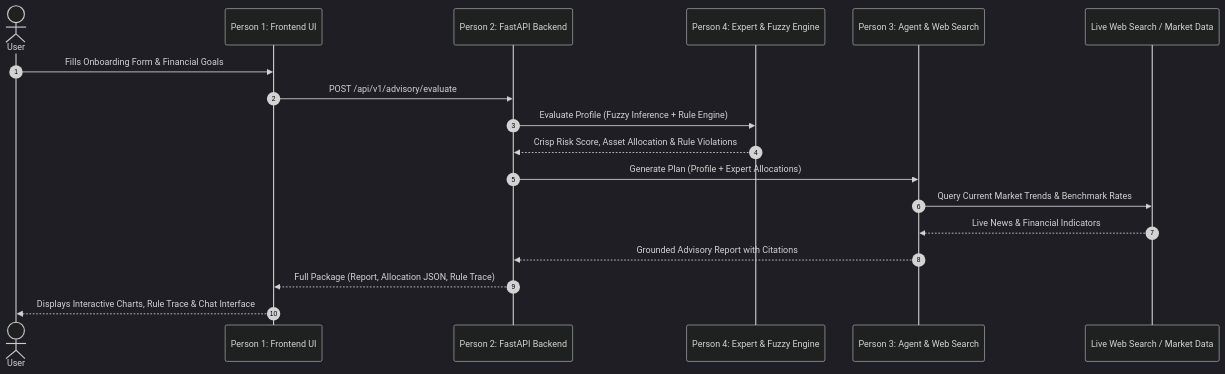
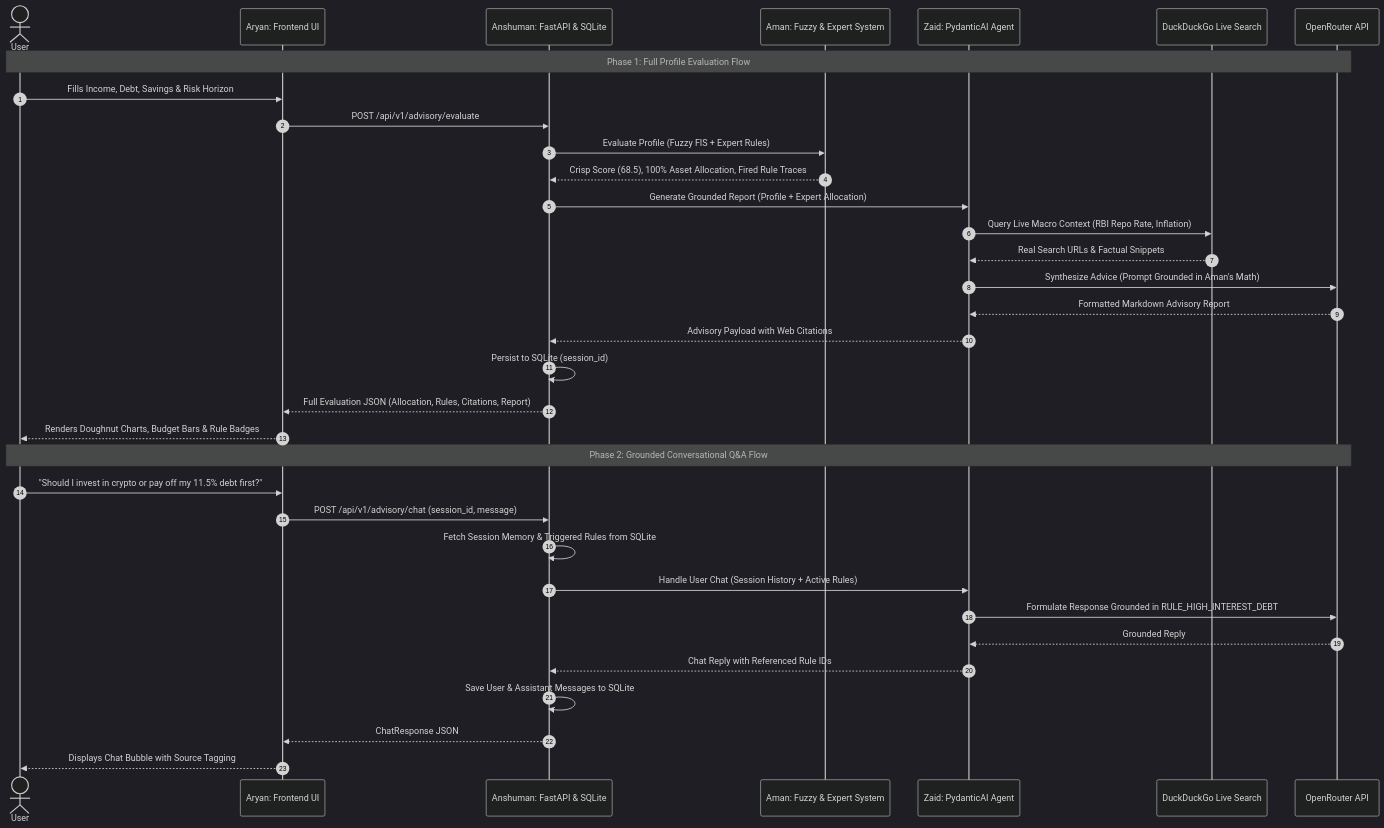
The second of 2 diagrams in docs/PROJECT_SPECIFICATION.md (Anshu666666/ai-project-financial-advisory-system), drawn with Mermaid (dark theme) before and after one commit. The commit also changed other lines of this file and 1 other file, not shown here.

Commit message:
docs: update system architecture and sequence diagrams with team names and implementation stack

````diff
--- a/docs/PROJECT_SPECIFICATION.md
+++ b/docs/PROJECT_SPECIFICATION.md
@@ -61,21 +102,38 @@
 ```mermaid
 sequenceDiagram
     autonumber
     actor User
-    participant UI as Person 1: Frontend UI
-    participant Backend as Person 2: FastAPI Backend
-    participant Expert as Person 4: Expert & Fuzzy Engine
-    participant Agent as Person 3: Agent & Web Search
-    participant Web as Live Web Search / Market Data
+    participant UI as Aryan: Frontend UI
+    participant Backend as Anshuman: FastAPI & SQLite
+    participant Aman as Aman: Fuzzy & Expert System
+    participant Zaid as Zaid: PydanticAI Agent
+    participant DDG as DuckDuckGo Live Search
+    participant LLM as OpenRouter API
 
-    User->>UI: Fills Onboarding Form & Financial Goals
+    Note over User, LLM: Phase 1: Full Profile Evaluation Flow
+    User->>UI: Fills Income, Debt, Savings & Risk Horizon
     UI->>Backend: POST /api/v1/advisory/evaluate
-    Backend->>Expert: Evaluate Profile (Fuzzy Inference + Rule Engine)
-    Expert-->>Backend: Crisp Risk Score, Asset Allocation & Rule Violations
-    Backend->>Agent: Generate Plan (Profile + Expert Allocations)
-    Agent->>Web: Query Current Market Trends & Benchmark Rates
-    Web-->>Agent: Live News & Financial Indicators
-    Agent-->>Backend: Grounded Advisory Report with Citations
-    Backend-->>UI: Full Package (Report, Allocation JSON, Rule Trace)
-    UI-->>User: Displays Interactive Charts, Rule Trace & Chat Interface
+    Backend->>Aman: Evaluate Profile (Fuzzy FIS + Expert Rules)
+    Aman-->>Backend: Crisp Score (68.5), 100% Asset Allocation, Fired Rule Traces
+    Backend->>Zaid: Generate Grounded Report (Profile + Expert Allocation)
+    Zaid->>DDG: Query Live Macro Context (RBI Repo Rate, Inflation)
+    DDG-->>Zaid: Real Search URLs & Factual Snippets
+    Zaid->>LLM: Synthesize Advice (Prompt Grounded in Aman's Math)
+    LLM-->>Zaid: Formatted Markdown Advisory Report
+    Zaid-->>Backend: Advisory Payload with Web Citations
+    Backend->>Backend: Persist to SQLite (session_id)
+    Backend-->>UI: Full Evaluation JSON (Allocation, Rules, Citations, Report)
+    UI-->>User: Renders Doughnut Charts, Budget Bars & Rule Badges
+
+    Note over User, LLM: Phase 2: Grounded Conversational Q&A Flow
+    User->>UI: "Should I invest in crypto or pay off my 11.5% debt first?"
+    UI->>Backend: POST /api/v1/advisory/chat (session_id, message)
+    Backend->>Backend: Fetch Session Memory & Triggered Rules from SQLite
+    Backend->>Zaid: Handle User Chat (Session History + Active Rules)
+    Zaid->>LLM: Formulate Response Grounded in RULE_HIGH_INTEREST_DEBT
+    LLM-->>Zaid: Grounded Reply
+    Zaid-->>Backend: Chat Reply with Referenced Rule IDs
+    Backend->>Backend: Save User & Assistant Messages to SQLite
+    Backend-->>UI: ChatResponse JSON
+    UI-->>User: Displays Chat Bubble with Source Tagging
 ```
````
